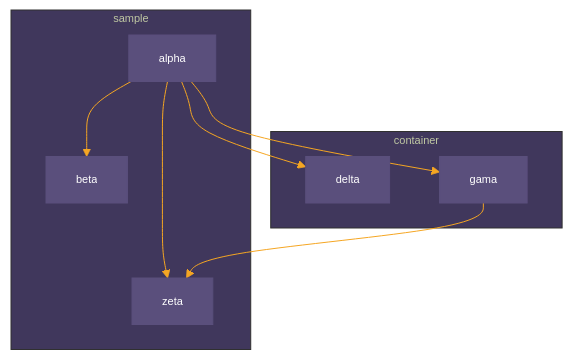
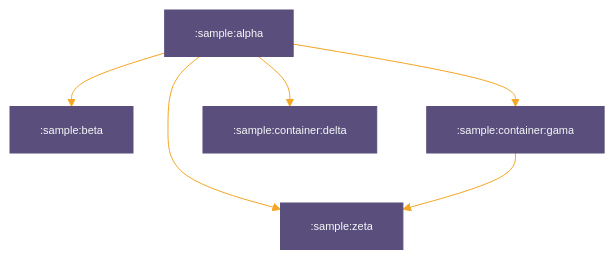
Before and after one commit to iurysza/module-graph: the diagram in sample/README.md, drawn with Mermaid. The commit also changed 1 other file, not shown here.

Commit message:
Update sample

````diff
--- a/sample/README.md
+++ b/sample/README.md
@@ -3,24 +3,15 @@
 ```mermaid
 %%{
   init: {
     'theme': 'base',
-	'themeVariables': {"primaryTextColor":"#fff","primaryColor":"#5a4f7c","primaryBorderColor":"#5a4f7c","lineColor":"#f5a623","tertiaryColor":"#40375c","fontSize":"11px"}
+	'themeVariables': {"primaryTextColor":"#F6F8FAff","primaryColor":"#5a4f7c","primaryBorderColor":"#5a4f7c","lineColor":"#f5a623","tertiaryColor":"#40375c","fontSize":"11px"}
   }
 }%%
 
 graph TB
-  subgraph sample
-    alpha
-    beta
-    zeta
-  end
-  subgraph container
-    delta
-    gama
-  end
-  alpha --> zeta
-  alpha --> beta
-  alpha --> gama
-  alpha --> delta
-  gama --> zeta
+  :sample:alpha --> :sample:zeta
+  :sample:alpha --> :sample:beta
+  :sample:alpha --> :sample:container:gama
+  :sample:alpha --> :sample:container:delta
+  :sample:container:gama --> :sample:zeta
 ```
````
